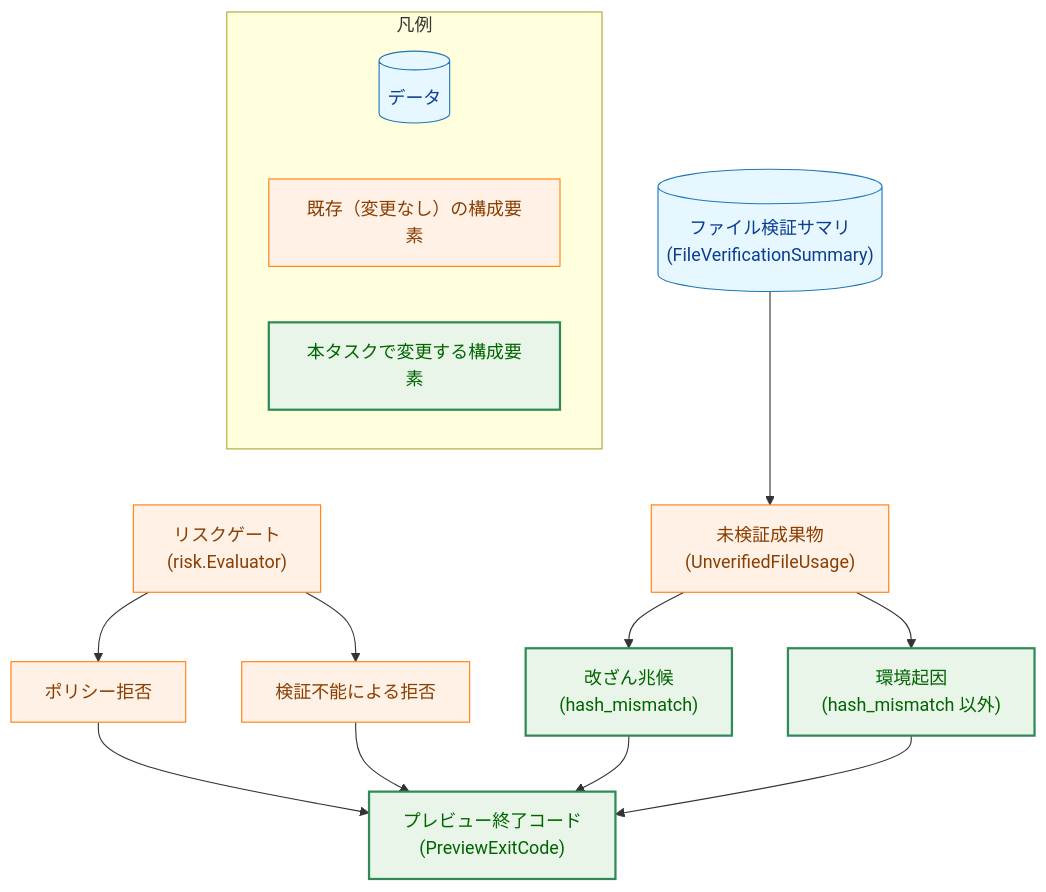
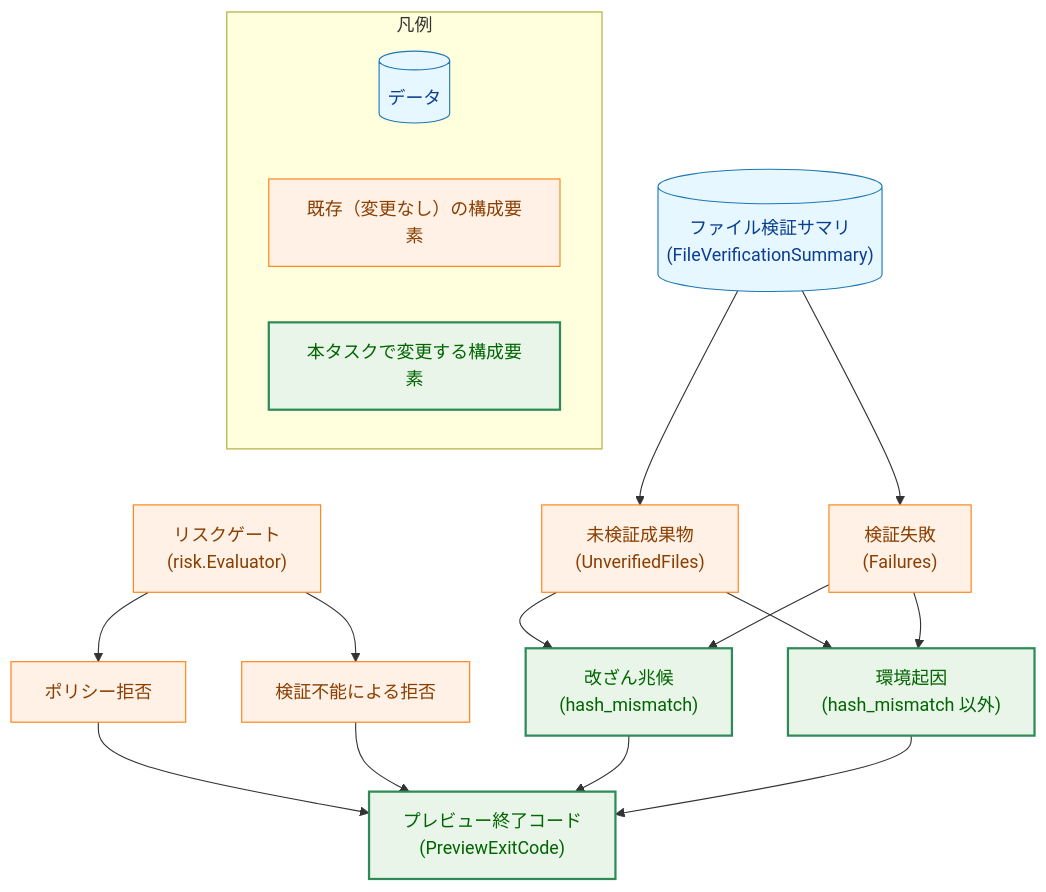
The first of 7 diagrams in docs/tasks/0147_dry_run_strict_unverified_default/02_architecture.md (isseis/go-safe-cmd-runner), drawn with Mermaid before and after one commit. The commit also changed other lines of this file and 1 other file, not shown here.

````diff
--- a/docs/tasks/0147_dry_run_strict_unverified_default/02_architecture.md
+++ b/docs/tasks/0147_dry_run_strict_unverified_default/02_architecture.md
@@ -55,36 +59,40 @@
 ```mermaid
 flowchart TD
     classDef data fill:#e6f7ff,stroke:#1f77b4,stroke-width:1px,color:#0b3d91;
     classDef process fill:#fff1e6,stroke:#ff7f0e,stroke-width:1px,color:#8a3e00;
     classDef enhanced fill:#e8f5e8,stroke:#2e8b57,stroke-width:2px,color:#006400;
 
     RG["リスクゲート<br>(risk.Evaluator)"]
     PD["ポリシー拒否"]
     VU["検証不能による拒否"]
     FV[("ファイル検証サマリ<br>(FileVerificationSummary)")]
-    UF["未検証成果物<br>(UnverifiedFileUsage)"]
+    UF["未検証成果物<br>(UnverifiedFiles)"]
+    FA["検証失敗<br>(Failures)"]
     TS["改ざん兆候<br>(hash_mismatch)"]
     EC["環境起因<br>(hash_mismatch 以外)"]
     EXIT["プレビュー終了コード<br>(PreviewExitCode)"]
 
     RG --> PD
     RG --> VU
     FV --> UF
+    FV --> FA
     UF --> TS
     UF --> EC
+    FA --> TS
+    FA --> EC
     PD --> EXIT
     VU --> EXIT
     TS --> EXIT
     EC --> EXIT
 
     class FV data
-    class RG,PD,VU,UF process
+    class RG,PD,VU,UF,FA process
     class TS,EC,EXIT enhanced
 
     subgraph Legend["凡例"]
         direction LR
         LD[("データ")]:::data
         LP["既存（変更なし）の構成要素"]:::process
         LE["本タスクで変更する構成要素"]:::enhanced
     end
 ```
````
